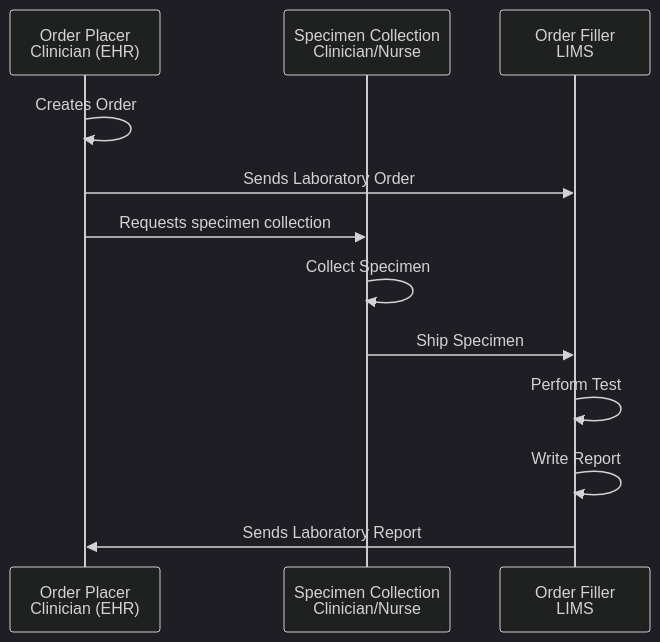
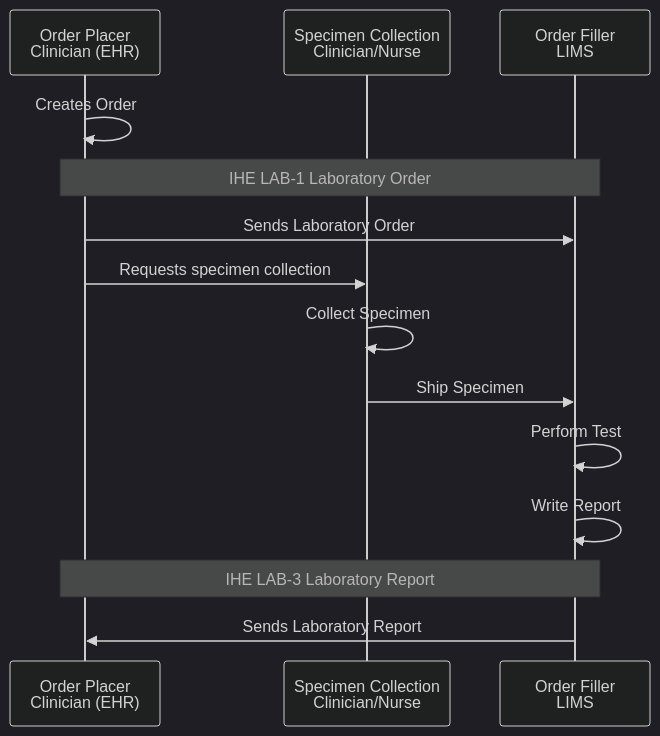
One commit to nw-gmsa/nw-gmsa.github.com changed the second of 10 diagrams in input/pagecontent/LTW.md. Above: the diagram before and after it, drawn with Mermaid (dark theme). The commit also changed other lines of this file and 4 other files, not shown here.

Commit message:
Removed non published plantuml and markdown

````diff
--- a/input/pagecontent/LTW.md
+++ b/input/pagecontent/LTW.md
@@ -54,15 +61,17 @@
 ```mermaid
 sequenceDiagram
     participant clinician as Order Placer<br/>Clinician (EHR)
     participant nurse as Specimen Collection<br/>Clinician/Nurse
     participant LIMS as Order Filler<br/>LIMS 
 
     clinician ->> clinician: Creates Order
+    note over clinician,LIMS: IHE LAB-1 Laboratory Order
     clinician ->> LIMS: Sends Laboratory Order
     clinician ->> nurse: Requests specimen collection
     nurse ->> nurse: Collect Specimen
     nurse ->> LIMS: Ship Specimen
     LIMS ->> LIMS: Perform Test
     LIMS ->> LIMS: Write Report
+    note over clinician,LIMS: IHE LAB-3 Laboratory Report
     LIMS ->> clinician: Sends Laboratory Report
 ```
````
